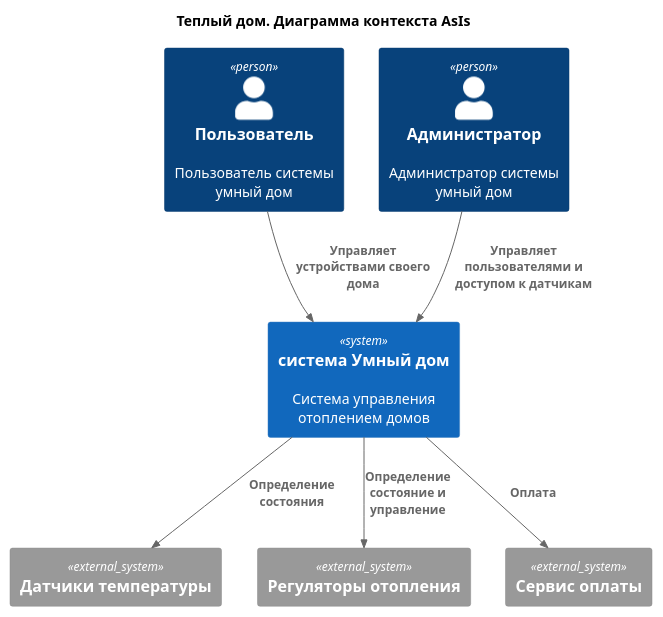
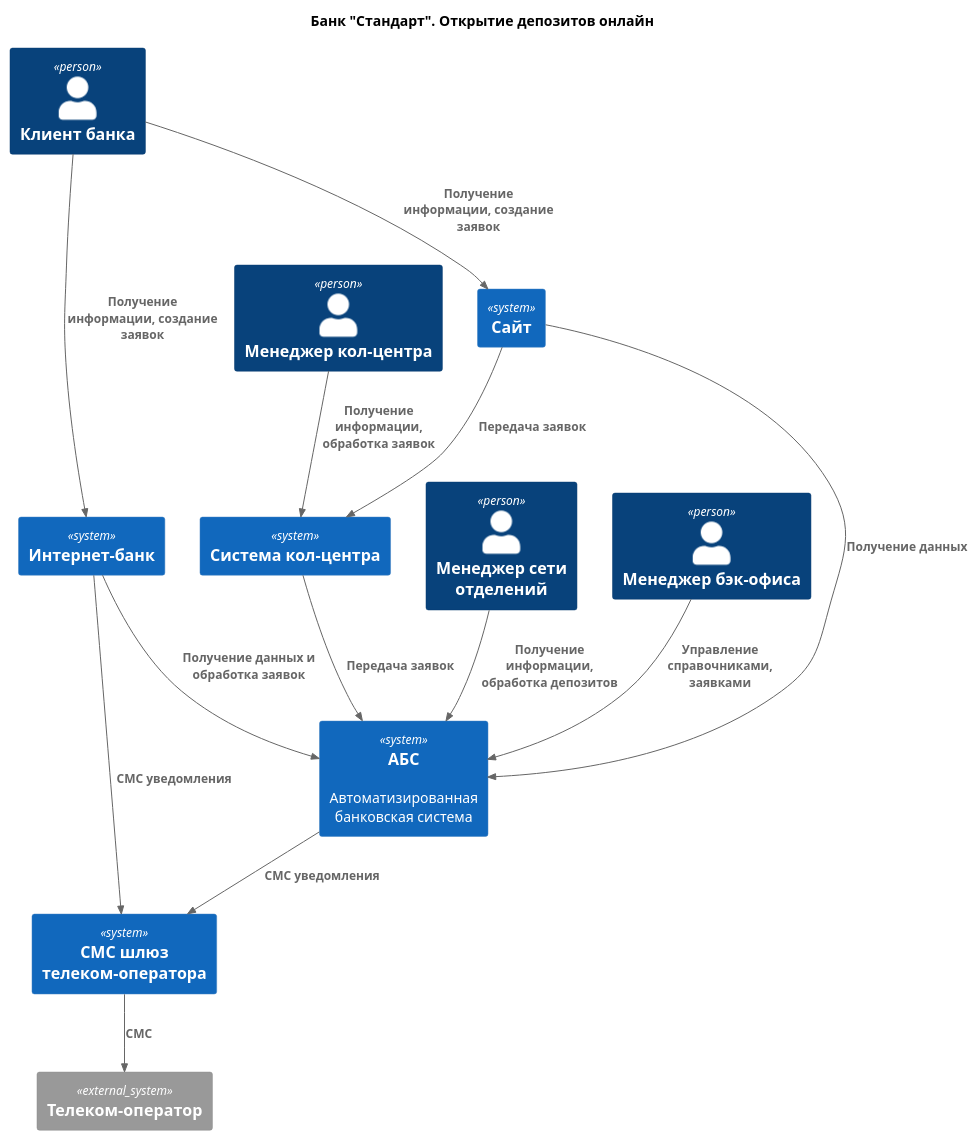
Before and after one commit to binaril/architecture-standart: the diagram in Task3/C4.Context.puml, drawn with PlantUML. The commit also changed 6 other files, not shown here.

Commit message:
добавлена диаграмма контекста (таск3)

```diff
--- a/Task3/C4.Context.puml
+++ b/Task3/C4.Context.puml
@@ -1,22 +1,35 @@
 @startuml
-title Теплый дом. Диаграмма контекста AsIs 
+title Банк "Стандарт". Открытие депозитов онлайн
 
 top to bottom direction
 
 !includeurl https://raw.githubusercontent.com/RicardoNiepel/C4-PlantUML/master/C4_Component.puml
 
-Person(user, "Пользователь", "Пользователь системы умный дом")
-Person(admin, "Администратор", "Администратор системы умный дом")
-System(SmartHouse, "система Умный дом", "Система управления отоплением домов")
+Person(Client, "Клиент банка", "")
+Person(ManagerCall, "Менеджер кол-центра", "")
+Person(ManagerDivision, "Менеджер сети отделений", "")
+Person(ManagerBackOffice, "Менеджер бэк-офиса", "")
 
-System_Ext(TemperatureDevice, "Датчики температуры", "")
-System_Ext(SmartDevice, "Регуляторы отопления", "")
-System_Ext(PaidService, "Сервис оплаты", "")
+System(Site, "Сайт", "")
+System(InternetBank, "Интернет-банк", "")
+System(Abs, "АБС", "Автоматизированная банковская система")
+System(CallCentre, "Система кол-центра", "")
+System(SMSGateway, "СМС шлюз телеком-оператора", "")
 
-Rel(user, SmartHouse, "Управляет устройствами своего дома")
-Rel(admin,SmartHouse, "Управляет пользователями и доступом к датчикам")
-Rel(SmartHouse,TemperatureDevice,"Определение состояния")
-Rel(SmartHouse,SmartDevice,"Определение состояние и управление")
-Rel(SmartHouse,PaidService,"Оплата")
+System_Ext(Telecom, "Телеком-оператор", "")
+
+Rel(Client, Site, "Получение информации, создание заявок")
+Rel(Client, InternetBank, "Получение информации, создание заявок")
+Rel(Site,CallCentre, "Передача заявок")
+Rel(Site,Abs, "Получение данных")
+Rel(InternetBank,Abs, "Получение данных и обработка заявок")
+Rel(InternetBank,SMSGateway,"СМС уведомления")
+Rel(ManagerCall, CallCentre, "Получение информации, обработка заявок")
+Rel(ManagerDivision, Abs, "Получение информации, обработка депозитов")
+Rel(ManagerBackOffice, Abs, "Управление справочниками, заявками")
+Rel(CallCentre, Abs, "Передача заявок")
+
+Rel(Abs,SMSGateway,"СМС уведомления")
+Rel(SMSGateway,Telecom,"СМС")
 
 @enduml
```
